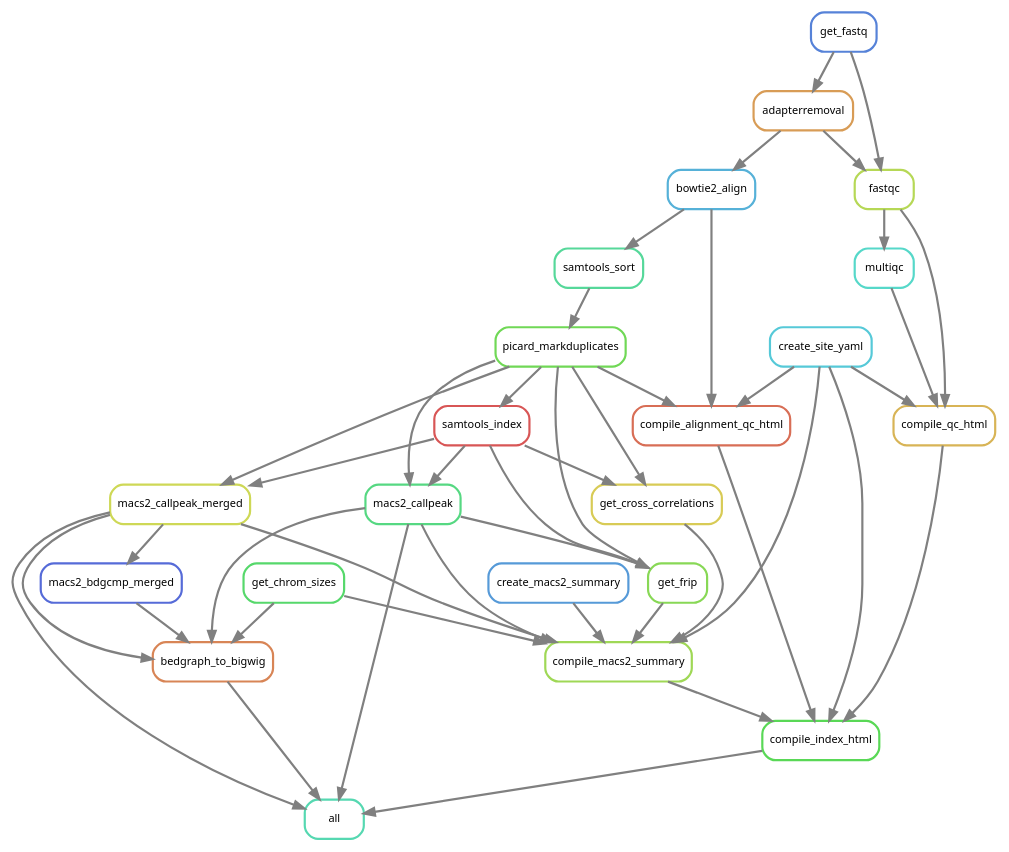
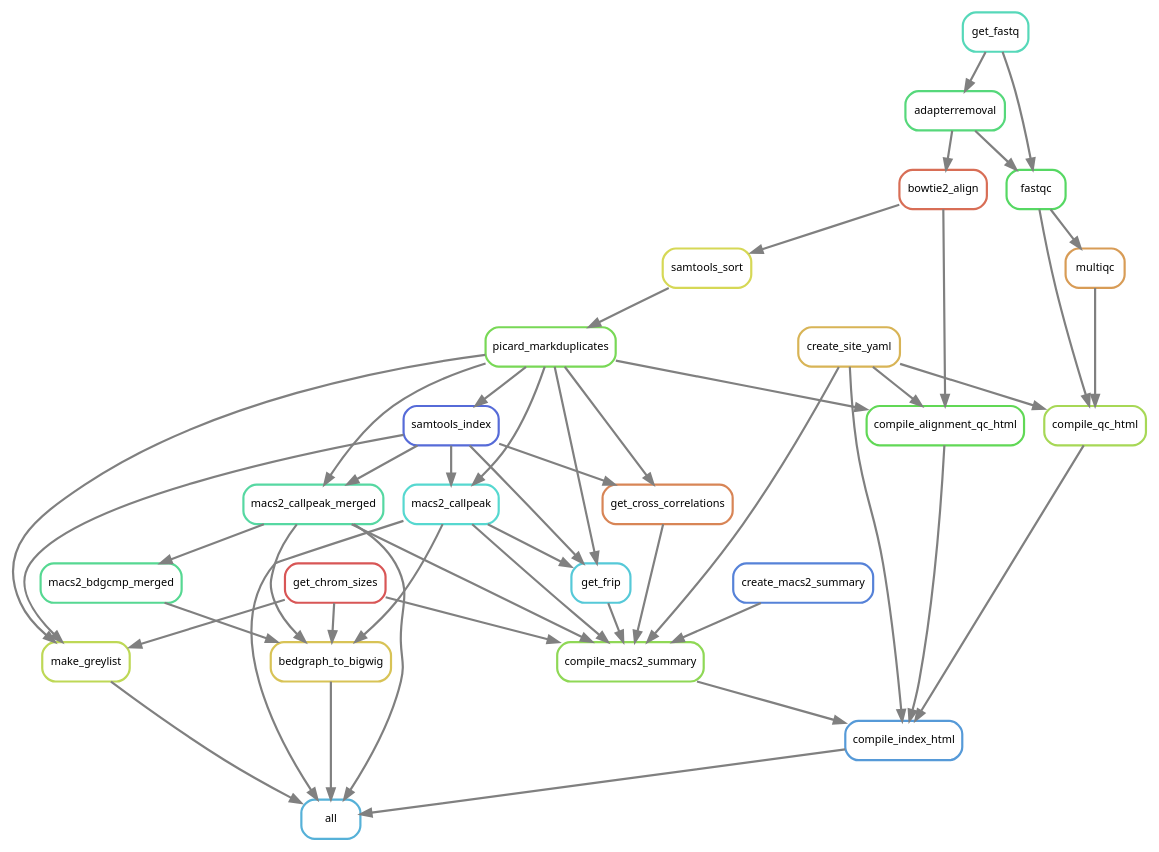
One commit to smped/PRJNA509779 changed the diagram in workflow/rules/rulegraph.dot. Above: the diagram before and after it, drawn with Graphviz. The commit also changed 9 other files, not shown here.

Commit message:
Added greylist & fixed versions in YAML files

```diff
--- a/workflow/rules/rulegraph.dot
+++ b/workflow/rules/rulegraph.dot
@@ -1,70 +1,75 @@
 digraph snakemake_dag {
     graph[bgcolor=white, margin=0];
     node[shape=box, style=rounded, fontname=sans,                 fontsize=10, penwidth=2];
     edge[penwidth=2, color=grey];
-	0[label = "all", color = "0.45 0.6 0.85", style="rounded"];
-	1[label = "macs2_callpeak", color = "0.39 0.6 0.85", style="rounded"];
-	2[label = "picard_markduplicates", color = "0.30 0.6 0.85", style="rounded"];
-	3[label = "samtools_sort", color = "0.42 0.6 0.85", style="rounded"];
-	4[label = "bowtie2_align", color = "0.55 0.6 0.85", style="rounded"];
-	5[label = "adapterremoval", color = "0.09 0.6 0.85", style="rounded"];
-	6[label = "get_fastq", color = "0.61 0.6 0.85", style="rounded"];
-	7[label = "samtools_index", color = "0.00 0.6 0.85", style="rounded"];
-	8[label = "macs2_callpeak_merged", color = "0.18 0.6 0.85", style="rounded"];
-	9[label = "bedgraph_to_bigwig", color = "0.06 0.6 0.85", style="rounded"];
-	10[label = "get_chrom_sizes", color = "0.36 0.6 0.85", style="rounded"];
-	11[label = "macs2_bdgcmp_merged", color = "0.64 0.6 0.85", style="rounded"];
-	12[label = "compile_index_html", color = "0.33 0.6 0.85", style="rounded"];
-	13[label = "compile_macs2_summary", color = "0.24 0.6 0.85", style="rounded"];
-	14[label = "create_macs2_summary", color = "0.58 0.6 0.85", style="rounded"];
-	15[label = "get_cross_correlations", color = "0.15 0.6 0.85", style="rounded"];
-	16[label = "get_frip", color = "0.27 0.6 0.85", style="rounded"];
-	17[label = "create_site_yaml", color = "0.52 0.6 0.85", style="rounded"];
-	18[label = "compile_qc_html", color = "0.12 0.6 0.85", style="rounded"];
-	19[label = "fastqc", color = "0.21 0.6 0.85", style="rounded"];
-	20[label = "multiqc", color = "0.48 0.6 0.85", style="rounded"];
-	21[label = "compile_alignment_qc_html", color = "0.03 0.6 0.85", style="rounded"];
+	0[label = "all", color = "0.55 0.6 0.85", style="rounded"];
+	1[label = "macs2_callpeak", color = "0.49 0.6 0.85", style="rounded"];
+	2[label = "picard_markduplicates", color = "0.29 0.6 0.85", style="rounded"];
+	3[label = "samtools_sort", color = "0.17 0.6 0.85", style="rounded"];
+	4[label = "bowtie2_align", color = "0.03 0.6 0.85", style="rounded"];
+	5[label = "adapterremoval", color = "0.38 0.6 0.85", style="rounded"];
+	6[label = "get_fastq", color = "0.46 0.6 0.85", style="rounded"];
+	7[label = "samtools_index", color = "0.64 0.6 0.85", style="rounded"];
+	8[label = "macs2_callpeak_merged", color = "0.43 0.6 0.85", style="rounded"];
+	9[label = "make_greylist", color = "0.20 0.6 0.85", style="rounded"];
+	10[label = "get_chrom_sizes", color = "0.00 0.6 0.85", style="rounded"];
+	11[label = "bedgraph_to_bigwig", color = "0.14 0.6 0.85", style="rounded"];
+	12[label = "macs2_bdgcmp_merged", color = "0.41 0.6 0.85", style="rounded"];
+	13[label = "compile_index_html", color = "0.58 0.6 0.85", style="rounded"];
+	14[label = "compile_macs2_summary", color = "0.26 0.6 0.85", style="rounded"];
+	15[label = "create_macs2_summary", color = "0.61 0.6 0.85", style="rounded"];
+	16[label = "get_cross_correlations", color = "0.06 0.6 0.85", style="rounded"];
+	17[label = "get_frip", color = "0.52 0.6 0.85", style="rounded"];
+	18[label = "create_site_yaml", color = "0.12 0.6 0.85", style="rounded"];
+	19[label = "compile_qc_html", color = "0.23 0.6 0.85", style="rounded"];
+	20[label = "fastqc", color = "0.35 0.6 0.85", style="rounded"];
+	21[label = "multiqc", color = "0.09 0.6 0.85", style="rounded"];
+	22[label = "compile_alignment_qc_html", color = "0.32 0.6 0.85", style="rounded"];
+	1 -> 0
+	11 -> 0
+	13 -> 0
+	9 -> 0
 	8 -> 0
-	9 -> 0
-	1 -> 0
-	12 -> 0
 	7 -> 1
 	2 -> 1
 	3 -> 2
 	4 -> 3
 	5 -> 4
 	6 -> 5
 	2 -> 7
 	7 -> 8
 	2 -> 8
+	7 -> 9
+	2 -> 9
 	10 -> 9
-	8 -> 9
-	1 -> 9
-	11 -> 9
+	1 -> 11
+	10 -> 11
+	12 -> 11
 	8 -> 11
-	21 -> 12
-	13 -> 12
-	18 -> 12
-	17 -> 12
-	1 -> 13
-	8 -> 13
-	10 -> 13
-	17 -> 13
+	8 -> 12
+	19 -> 13
+	22 -> 13
 	14 -> 13
-	15 -> 13
-	16 -> 13
-	7 -> 15
-	2 -> 15
-	1 -> 16
+	18 -> 13
+	1 -> 14
+	17 -> 14
+	10 -> 14
+	15 -> 14
+	16 -> 14
+	8 -> 14
+	18 -> 14
 	7 -> 16
 	2 -> 16
-	20 -> 18
-	19 -> 18
-	17 -> 18
-	5 -> 19
-	6 -> 19
-	19 -> 20
-	17 -> 21
-	4 -> 21
-	2 -> 21
+	7 -> 17
+	2 -> 17
+	1 -> 17
+	20 -> 19
+	21 -> 19
+	18 -> 19
+	6 -> 20
+	5 -> 20
+	20 -> 21
+	2 -> 22
+	4 -> 22
+	18 -> 22
 }            
```
